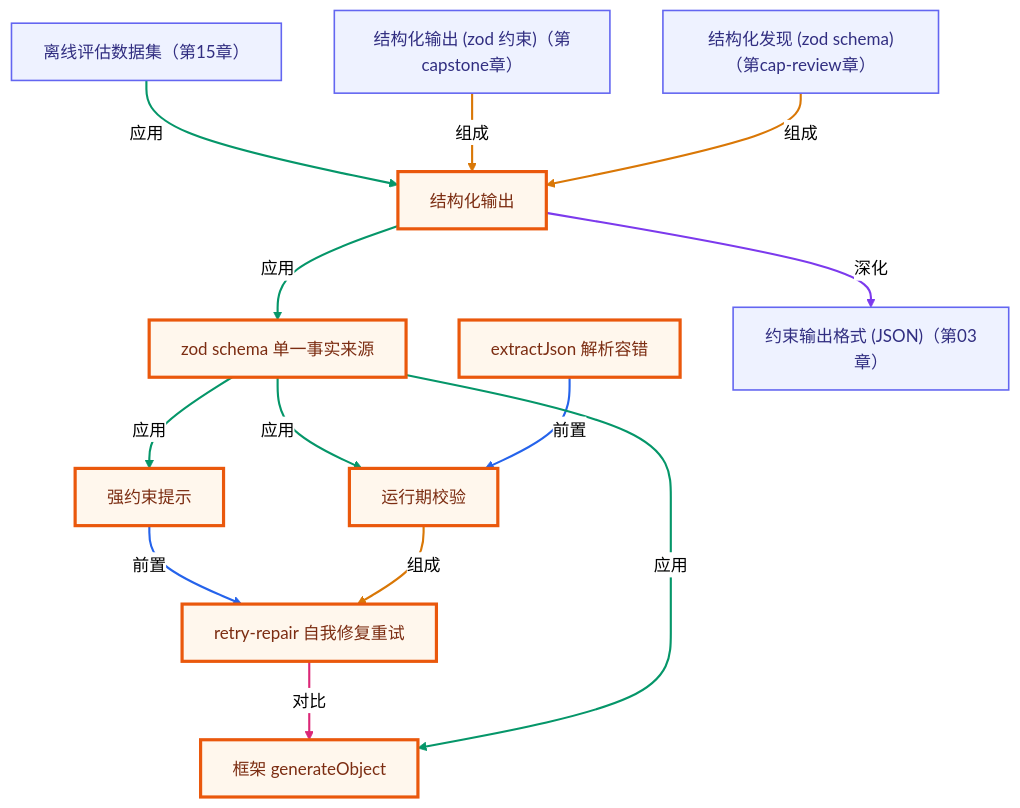
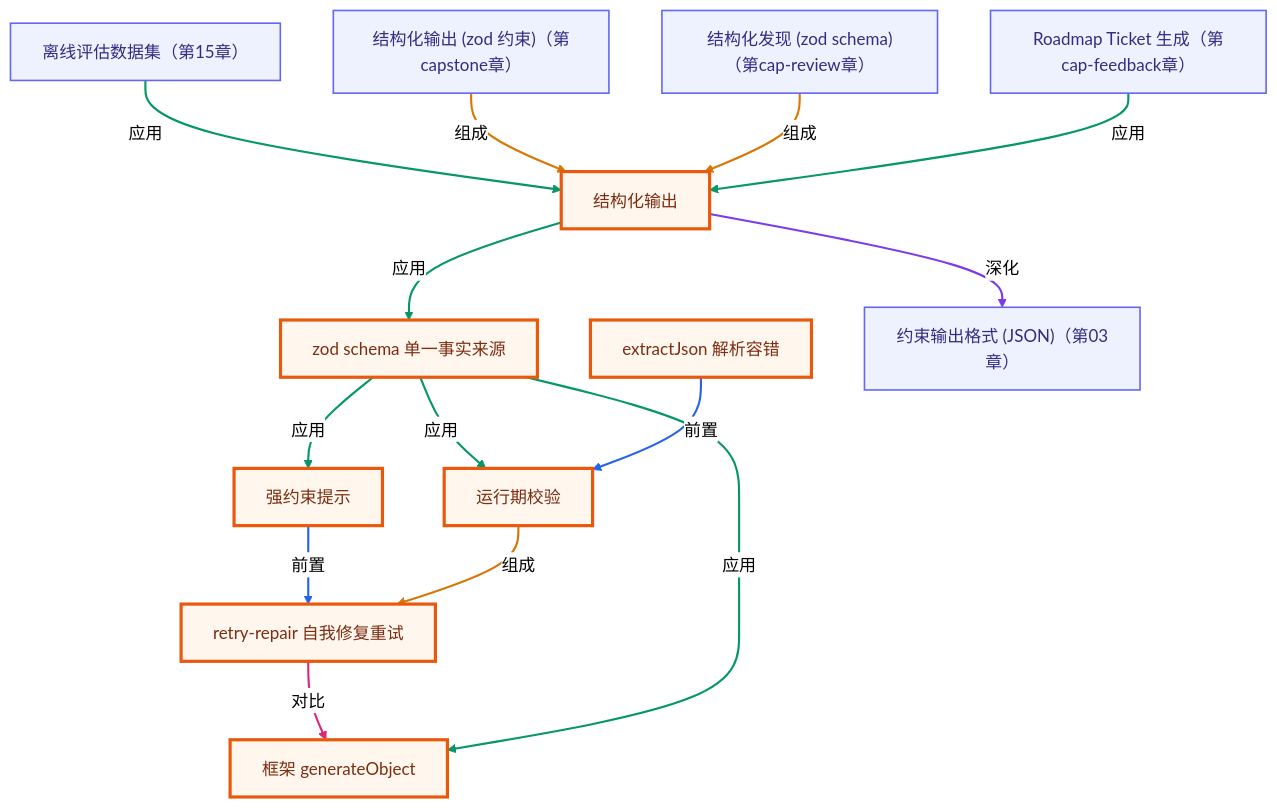
Before and after one commit to songuu/agent: the second of 2 diagrams in lessons/13-structured-output/README.md, drawn with Mermaid (neutral theme). The commit also changed other lines of this file and 37 other files, not shown here.

````diff
--- a/lessons/13-structured-output/README.md
+++ b/lessons/13-structured-output/README.md
@@ -203,42 +203,45 @@
 ```mermaid
 graph TB
   classDef own fill:#fff7ed,stroke:#ea580c,stroke-width:3px,color:#7c2d12;
   classDef cross fill:#eef2ff,stroke:#6366f1,stroke-width:1.5px,color:#312e81;
   n_c13_structured_output["结构化输出"]
   n_c13_zod_schema["zod schema 单一事实来源"]
   n_c13_strict_prompt["强约束提示"]
   n_c13_retry_repair["retry-repair 自我修复重试"]
   n_c13_extract_json["extractJson 解析容错"]
   n_c13_runtime_validation["运行期校验"]
   n_c13_generate_object["框架 generateObject"]
   n_c03_constrained_output["约束输出格式 (JSON)（第03章）"]
   n_c15_eval_dataset["离线评估数据集（第15章）"]
   n_ccapstone_structured_output["结构化输出 (zod 约束)（第capstone章）"]
   n_crev_structured["结构化发现 (zod schema)（第cap-review章）"]
+  n_cfb_roadmap["Roadmap Ticket 生成（第cap-feedback章）"]
   n_c13_structured_output -->|应用| n_c13_zod_schema
   n_c13_zod_schema -->|应用| n_c13_strict_prompt
   n_c13_zod_schema -->|应用| n_c13_runtime_validation
   n_c13_strict_prompt -->|前置| n_c13_retry_repair
   n_c13_runtime_validation -->|组成| n_c13_retry_repair
   n_c13_extract_json -->|前置| n_c13_runtime_validation
   n_c13_retry_repair -->|对比| n_c13_generate_object
   n_c13_zod_schema -->|应用| n_c13_generate_object
   n_c13_structured_output -->|深化| n_c03_constrained_output
   n_c15_eval_dataset -->|应用| n_c13_structured_output
   n_ccapstone_structured_output -->|组成| n_c13_structured_output
   n_crev_structured -->|组成| n_c13_structured_output
+  n_cfb_roadmap -->|应用| n_c13_structured_output
   class n_c13_structured_output,n_c13_zod_schema,n_c13_strict_prompt,n_c13_retry_repair,n_c13_extract_json,n_c13_runtime_validation,n_c13_generate_object own;
-  class n_c03_constrained_output,n_c15_eval_dataset,n_ccapstone_structured_output,n_crev_structured cross;
+  class n_c03_constrained_output,n_c15_eval_dataset,n_ccapstone_structured_output,n_crev_structured,n_cfb_roadmap cross;
   linkStyle 0 stroke:#059669,stroke-width:2px;
   linkStyle 1 stroke:#059669,stroke-width:2px;
   linkStyle 2 stroke:#059669,stroke-width:2px;
   linkStyle 3 stroke:#2563eb,stroke-width:2px;
   linkStyle 4 stroke:#d97706,stroke-width:2px;
   linkStyle 5 stroke:#2563eb,stroke-width:2px;
   linkStyle 6 stroke:#db2777,stroke-width:2px;
   linkStyle 7 stroke:#059669,stroke-width:2px;
   linkStyle 8 stroke:#7c3aed,stroke-width:2px;
   linkStyle 9 stroke:#059669,stroke-width:2px;
   linkStyle 10 stroke:#d97706,stroke-width:2px;
   linkStyle 11 stroke:#d97706,stroke-width:2px;
+  linkStyle 12 stroke:#059669,stroke-width:2px;
 ```
````
